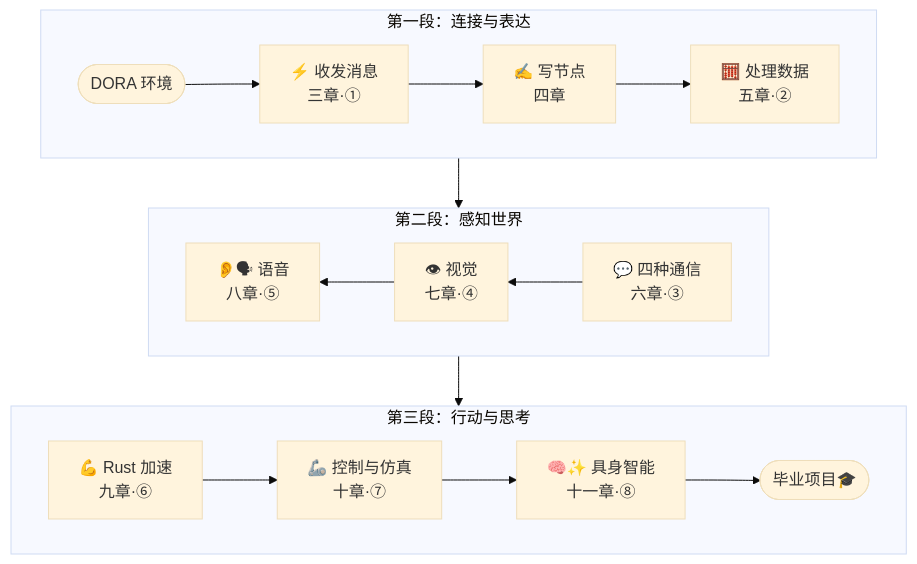
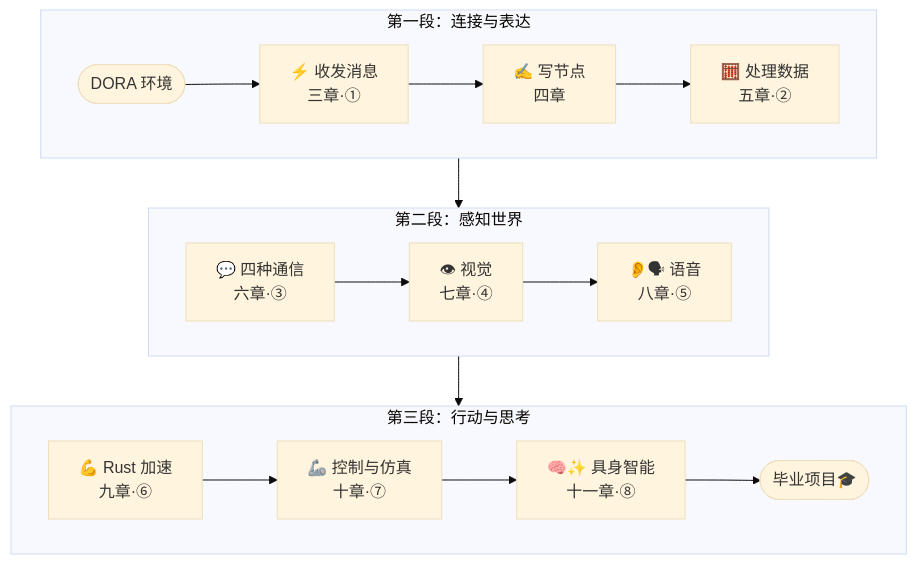
Before and after one commit to DoraCN/doracc.com: the diagram in docs/zh/course/intro/roadmap.md, drawn with Mermaid (base theme). The commit also changed 1 other file, not shown here.

Commit message:
docs: 精简并充实 1.1 认识小莫——能力表格展示 12 章产出

````diff
--- a/docs/zh/course/intro/roadmap.md
+++ b/docs/zh/course/intro/roadmap.md
@@ -13,16 +13,16 @@
 ```mermaid
 flowchart TB
   subgraph R1[第一段：连接与表达]
     direction LR
     S([DORA 环境]) --> N["⚡ 收发消息<br/>三章·①"] --> W["✍️ 写节点<br/>四章"] --> D["🧮 处理数据<br/>五章·②"]
   end
   subgraph R2[第二段：感知世界]
-    direction RL
+    direction LR
     C["💬 四种通信<br/>六章·③"] --> Eye["👁 视觉<br/>七章·④"] --> Ear["👂🗣 语音<br/>八章·⑤"]
   end
   subgraph R3[第三段：行动与思考]
     direction LR
     Strong["💪 Rust 加速<br/>九章·⑥"] --> Hand["🦾 控制与仿真<br/>十章·⑦"] --> Brain["🧠✨ 具身智能<br/>十一章·⑧"] --> E([毕业项目🎓])
   end
   R1 --> R2 --> R3
 ```
````
